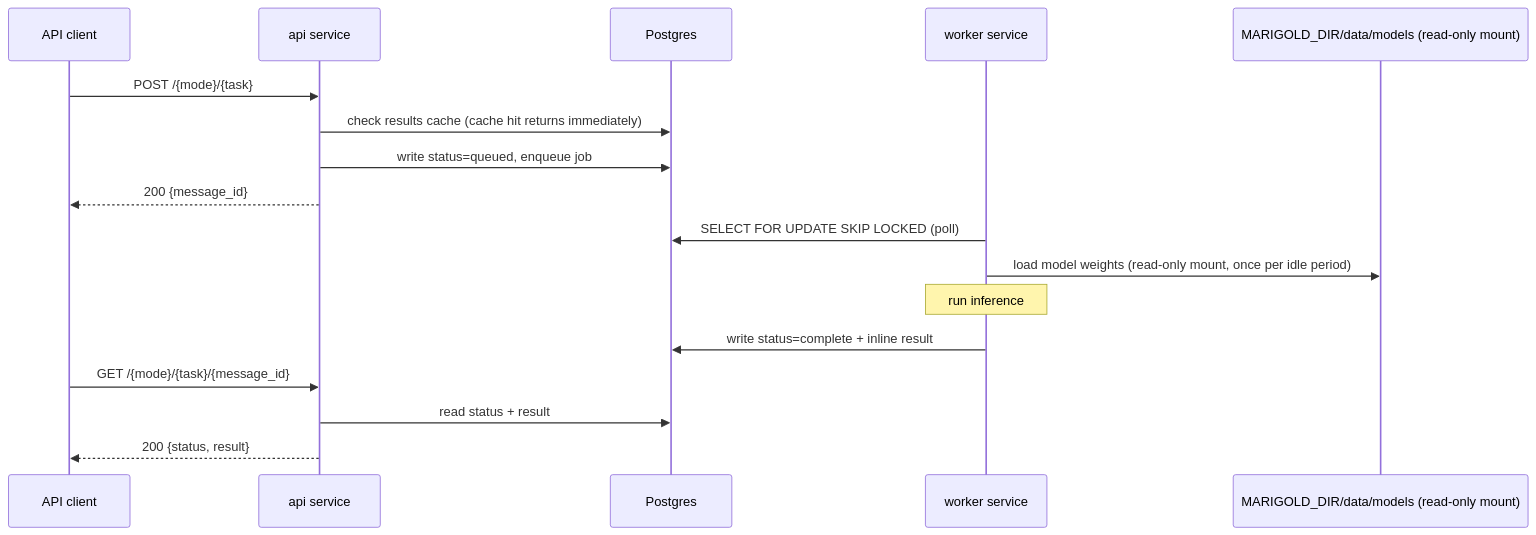
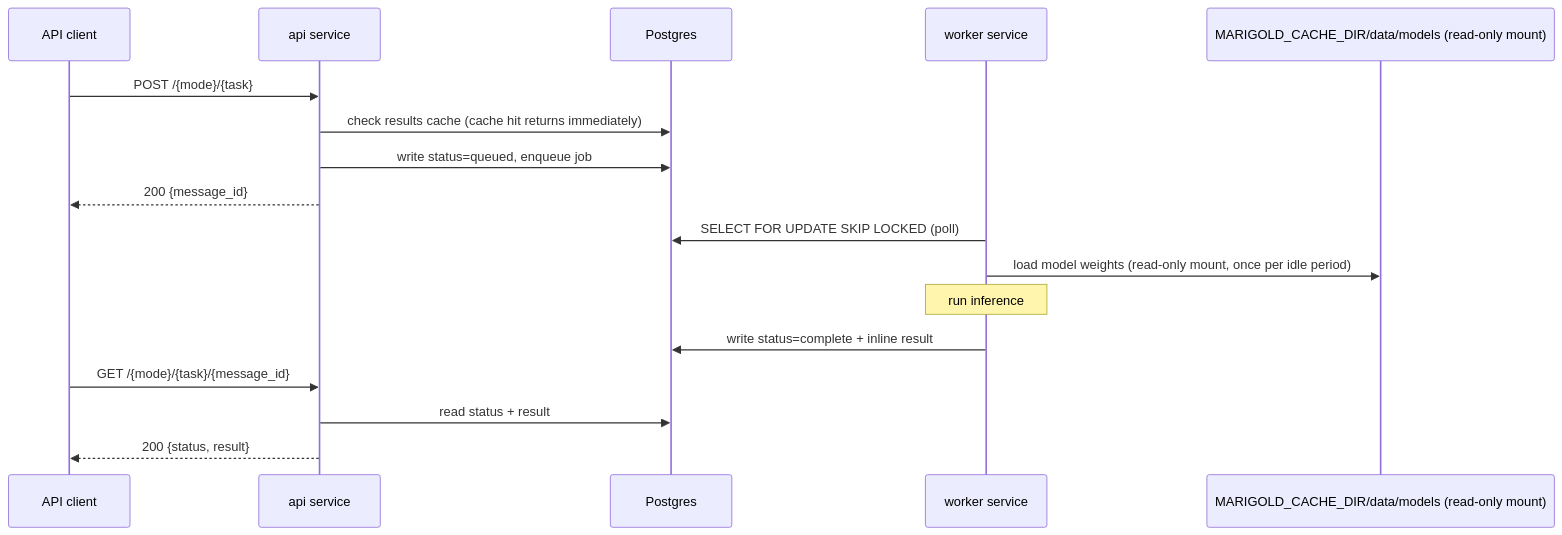
One commit to bayinfosys/marigold changed the second of 2 diagrams in README.md. Above: the diagram before and after it, drawn with Mermaid. The commit also changed other lines of this file and 3 other files, not shown here.

````diff
--- a/README.md
+++ b/README.md
@@ -73,22 +148,22 @@
 ```mermaid
 sequenceDiagram
     participant C as API client
     participant A as api service
     participant P as Postgres
     participant W as worker service
-    participant M as MARIGOLD_DIR/data/models (read-only mount)
+    participant M as MARIGOLD_CACHE_DIR/data/models (read-only mount)
 
     C->>A: POST /{mode}/{task}
     A->>P: check results cache (cache hit returns immediately)
     A->>P: write status=queued, enqueue job
     A-->>C: 200 {message_id}
 
     W->>P: SELECT FOR UPDATE SKIP LOCKED (poll)
     W->>M: load model weights (read-only mount, once per idle period)
     Note over W: run inference
     W->>P: write status=complete + inline result
 
     C->>A: GET /{mode}/{task}/{message_id}
     A->>P: read status + result
     A-->>C: 200 {status, result}
 ```
````
